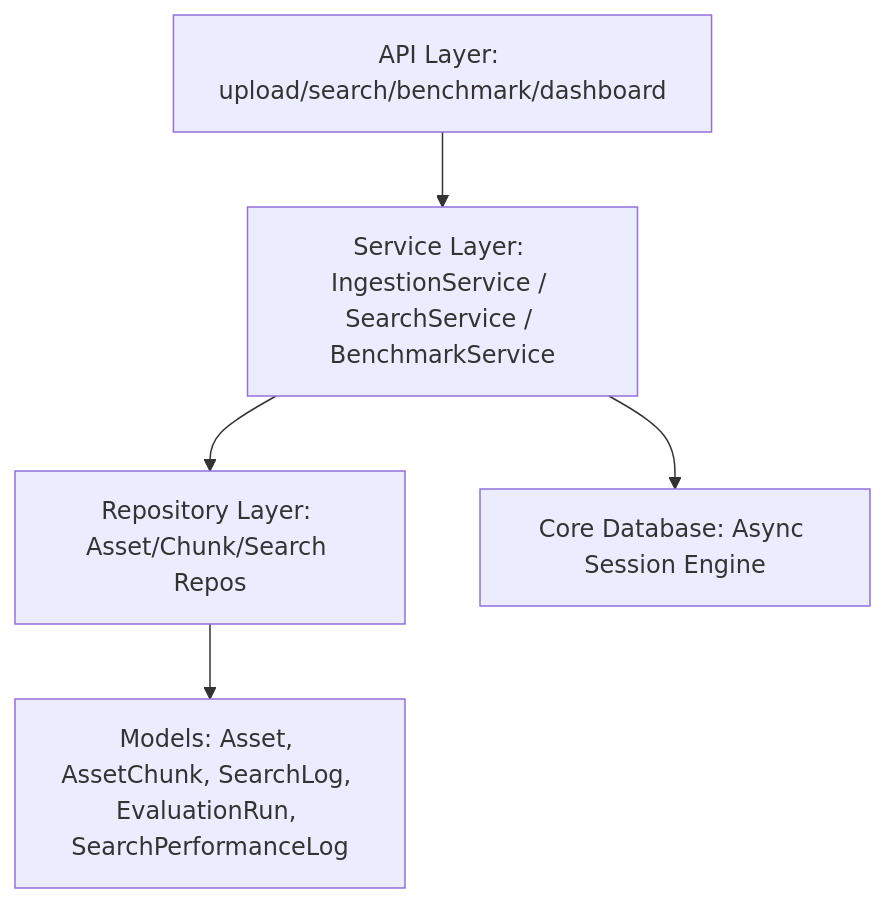
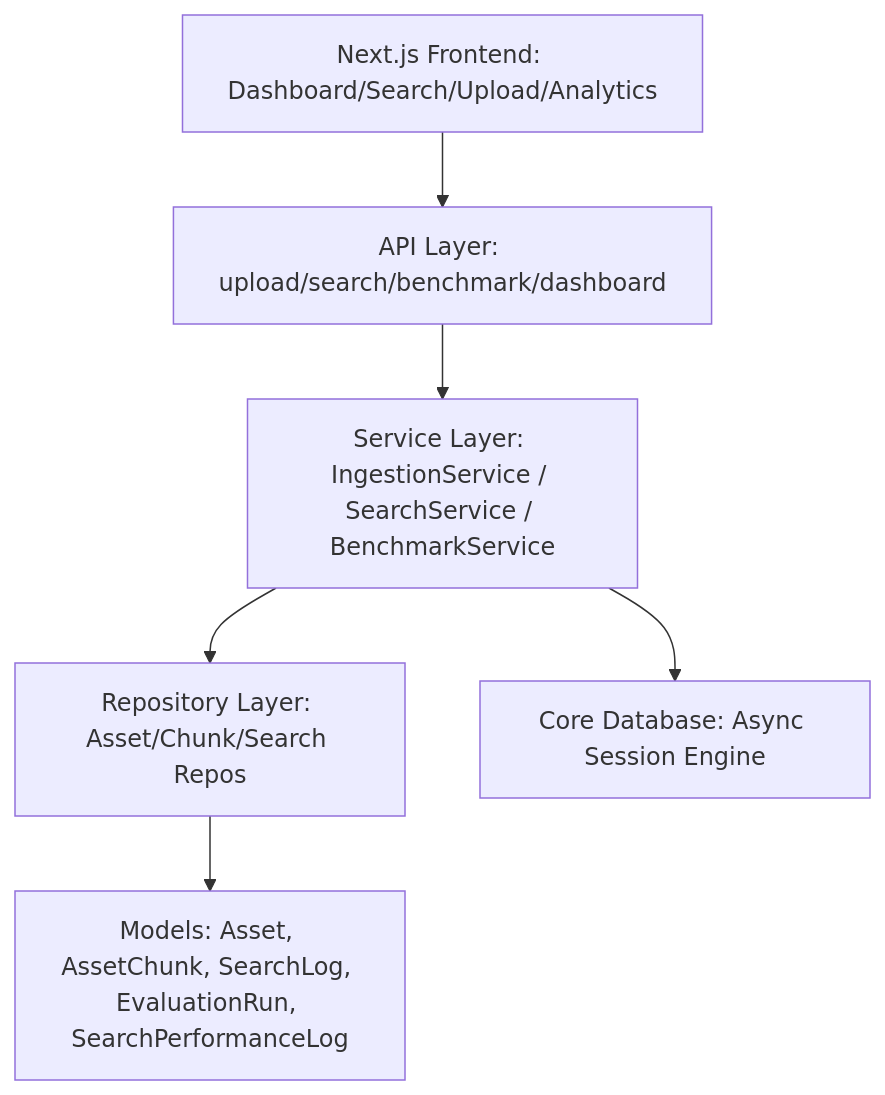
The diagram in docs/architecture.md (AhmedIbrahim464503/OMNISEEK), drawn with Mermaid before and after one commit. The commit also changed other lines of this file and 17 other files, not shown here.

````diff
--- a/docs/architecture.md
+++ b/docs/architecture.md
@@ -39,7 +40,8 @@
 ```mermaid
 graph TD
-    API[API Layer: upload/search/benchmark/dashboard] --> Services[Service Layer: IngestionService / SearchService / BenchmarkService]
+    FE[Next.js Frontend: Dashboard/Search/Upload/Analytics] --> API[API Layer: upload/search/benchmark/dashboard]
+    API --> Services[Service Layer: IngestionService / SearchService / BenchmarkService]
     Services --> Repositories[Repository Layer: Asset/Chunk/Search Repos]
     Repositories --> Models[Models: Asset, AssetChunk, SearchLog, EvaluationRun, SearchPerformanceLog]
     Services --> DB[Core Database: Async Session Engine]
 ```
````
